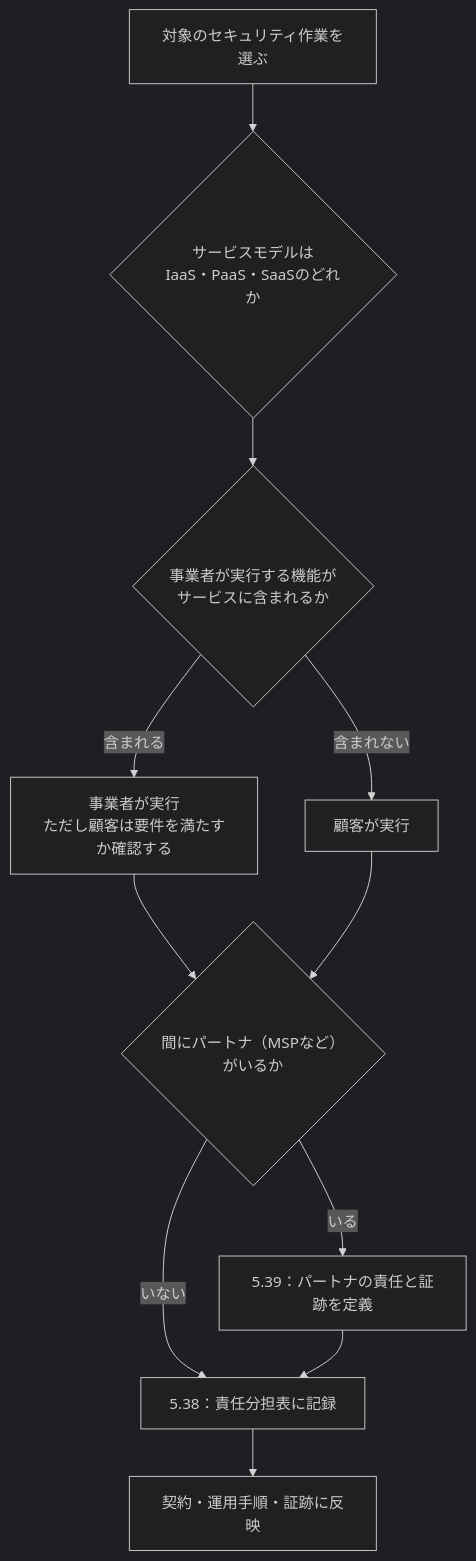
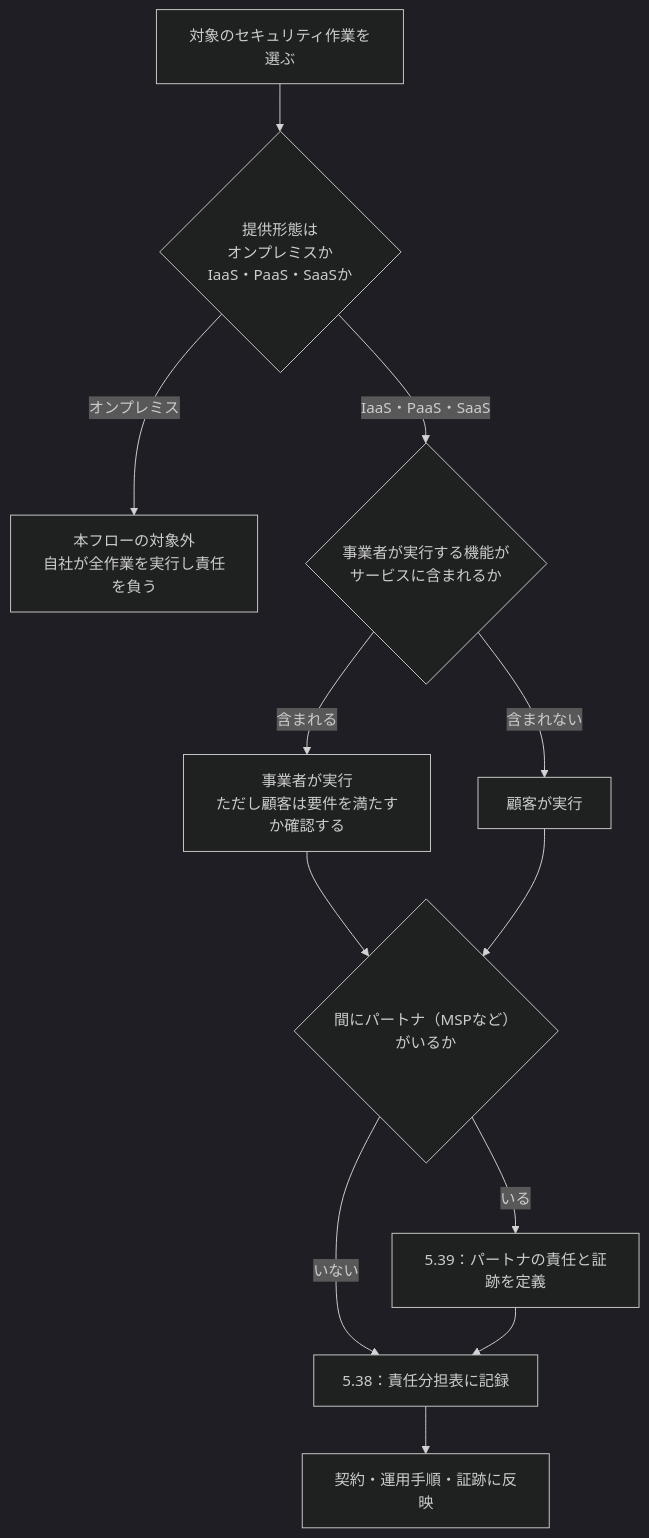
Before and after one commit to myoshi2891/Security_Studies: the seventh of 10 diagrams in Iso-27017-2026-guide.md, drawn with Mermaid (dark theme).

Commit message:
docs(iso27017): add on-premises branch to responsibility determination flowchart

````diff
--- a/Iso-27017-2026-guide.md
+++ b/Iso-27017-2026-guide.md
@@ -408,13 +408,14 @@
 ```mermaid
 flowchart TD
-    A["対象のセキュリティ作業を選ぶ"] --> B{"サービスモデルは<br/>IaaS・PaaS・SaaSのどれか"}
-    B --> C{"事業者が実行する機能が<br/>サービスに含まれるか"}
+    A["対象のセキュリティ作業を選ぶ"] --> B{"提供形態は<br/>オンプレミスか<br/>IaaS・PaaS・SaaSか"}
+    B -- "オンプレミス" --> O["本フローの対象外<br/>自社が全作業を実行し責任を負う"]
+    B -- "IaaS・PaaS・SaaS" --> C{"事業者が実行する機能が<br/>サービスに含まれるか"}
     C -- "含まれる" --> D["事業者が実行<br/>ただし顧客は要件を満たすか確認する"]
     C -- "含まれない" --> E["顧客が実行"]
     D --> F{"間にパートナ（MSPなど）がいるか"}
     E --> F
     F -- "いる" --> G["5.39：パートナの責任と証跡を定義"]
     F -- "いない" --> H["5.38：責任分担表に記録"]
     G --> H
     H --> I["契約・運用手順・証跡に反映"]
 ```
````
